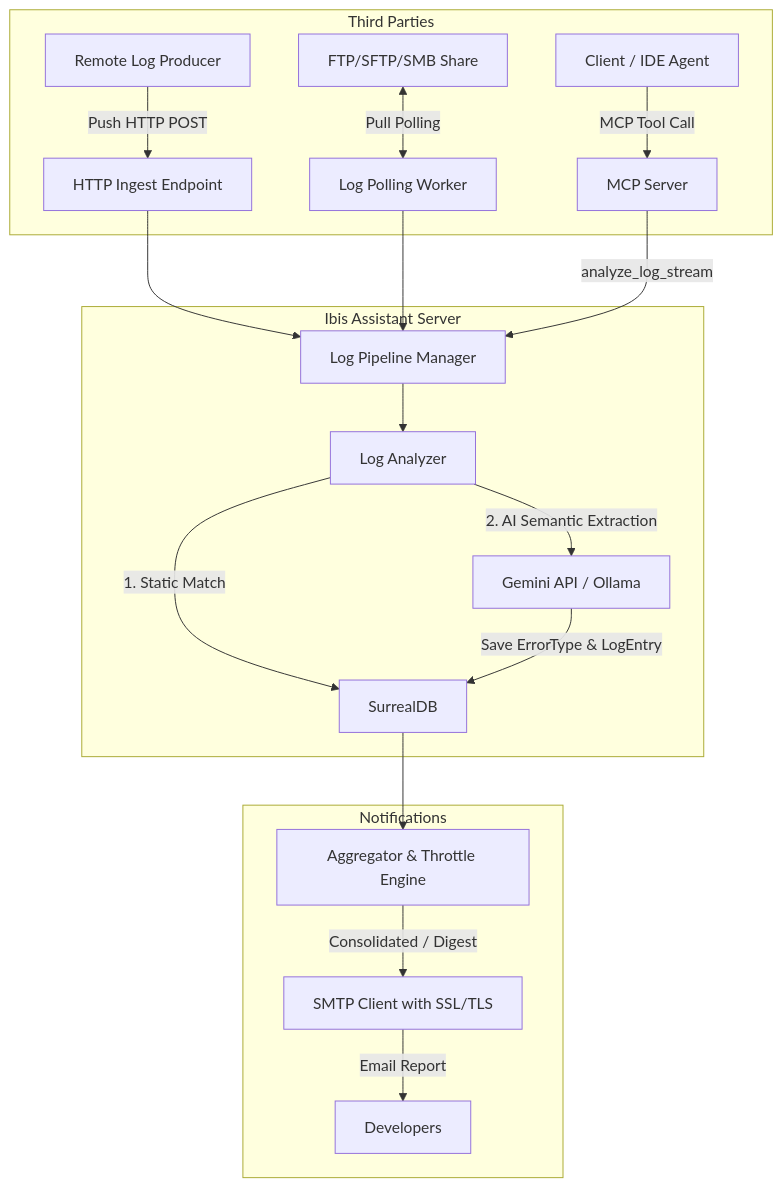
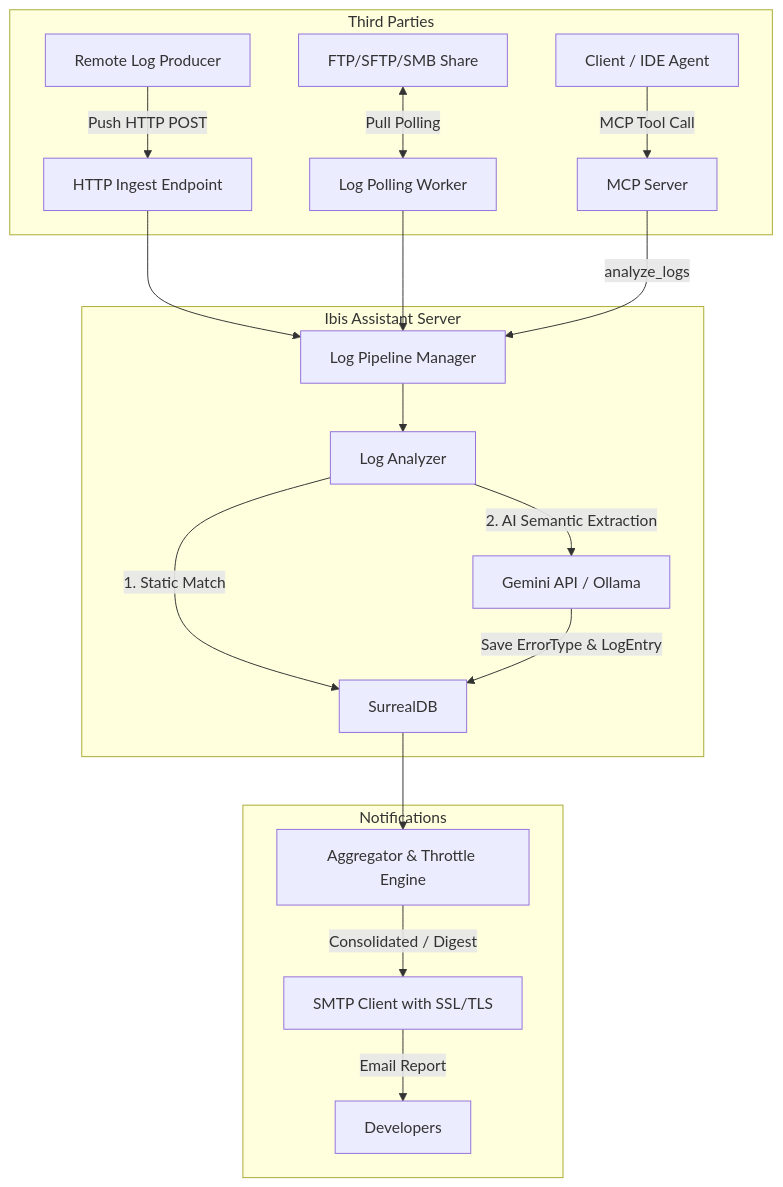
The diagram in docs/log_analysis_extension_proposal.md (terenzif/ibis-assistant), drawn with Mermaid before and after one commit. The commit also changed other lines of this file and 15 other files, not shown here.

````diff
--- a/docs/log_analysis_extension_proposal.md
+++ b/docs/log_analysis_extension_proposal.md
@@ -28,25 +28,25 @@
 ```mermaid
 flowchart TD
     subgraph Third Parties
         A[Remote Log Producer] -->|Push HTTP POST| B[HTTP Ingest Endpoint]
         C[FTP/SFTP/SMB Share] <-->|Pull Polling| D[Log Polling Worker]
         E[Client / IDE Agent] -->|MCP Tool Call| F[MCP Server]
     end
 
     subgraph Ibis Assistant Server
         B --> G[Log Pipeline Manager]
         D --> G
-        F -->|analyze_log_stream| G
+        F -->|analyze_logs| G
         
         G --> H[Log Analyzer]
         H -->|1. Static Match| I[SurrealDB]
         H -->|2. AI Semantic Extraction| J[Gemini API / Ollama]
         J -->|Save ErrorType & LogEntry| I
     end
 
     subgraph Notifications
         I --> K[Aggregator & Throttle Engine]
         K -->|Consolidated / Digest| L[SMTP Client with SSL/TLS]
         L -->|Email Report| M[Developers]
     end
 ```
````
